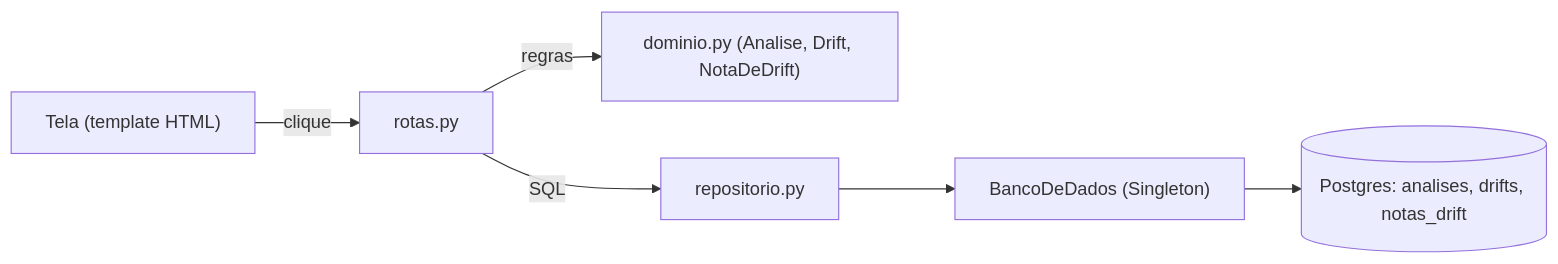
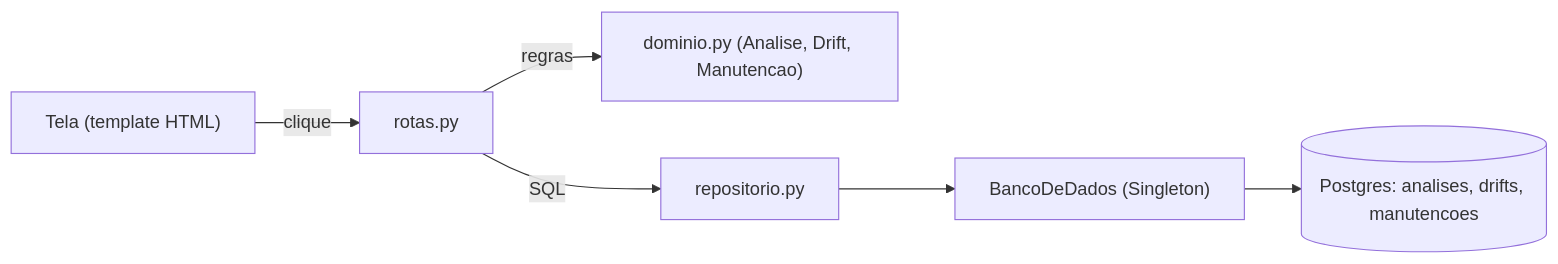
One commit to aland3r/driftor-reuso changed the first of 3 diagrams in defesa/roteiro-emanuelle.md. Above: the diagram before and after it, drawn with Mermaid. The commit also changed other lines of this file and 3 other files, not shown here.

````diff
--- a/defesa/roteiro-emanuelle.md
+++ b/defesa/roteiro-emanuelle.md
@@ -19,8 +19,8 @@
 ```mermaid
 flowchart LR
     T["Tela (template HTML)"] -->|clique| R["rotas.py"]
-    R -->|regras| D["dominio.py (Analise, Drift, NotaDeDrift)"]
+    R -->|regras| D["dominio.py (Analise, Drift, Manutencao)"]
     R -->|SQL| P["repositorio.py"]
     P --> B["BancoDeDados (Singleton)"]
-    B --> PG[("Postgres: analises, drifts, notas_drift")]
+    B --> PG[("Postgres: analises, drifts, manutencoes")]
 ```
````
